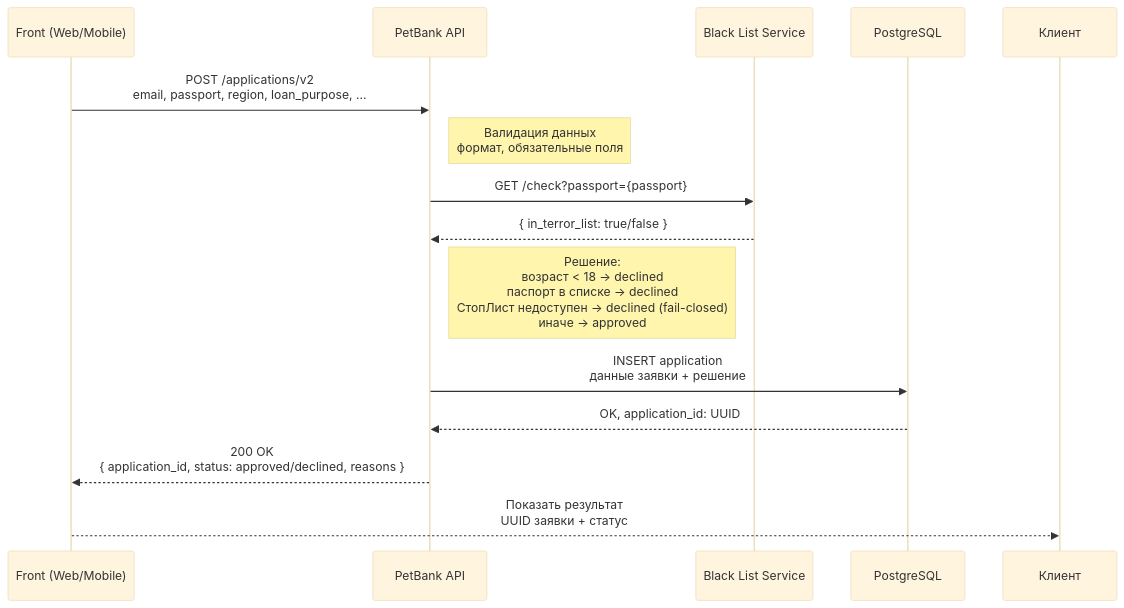
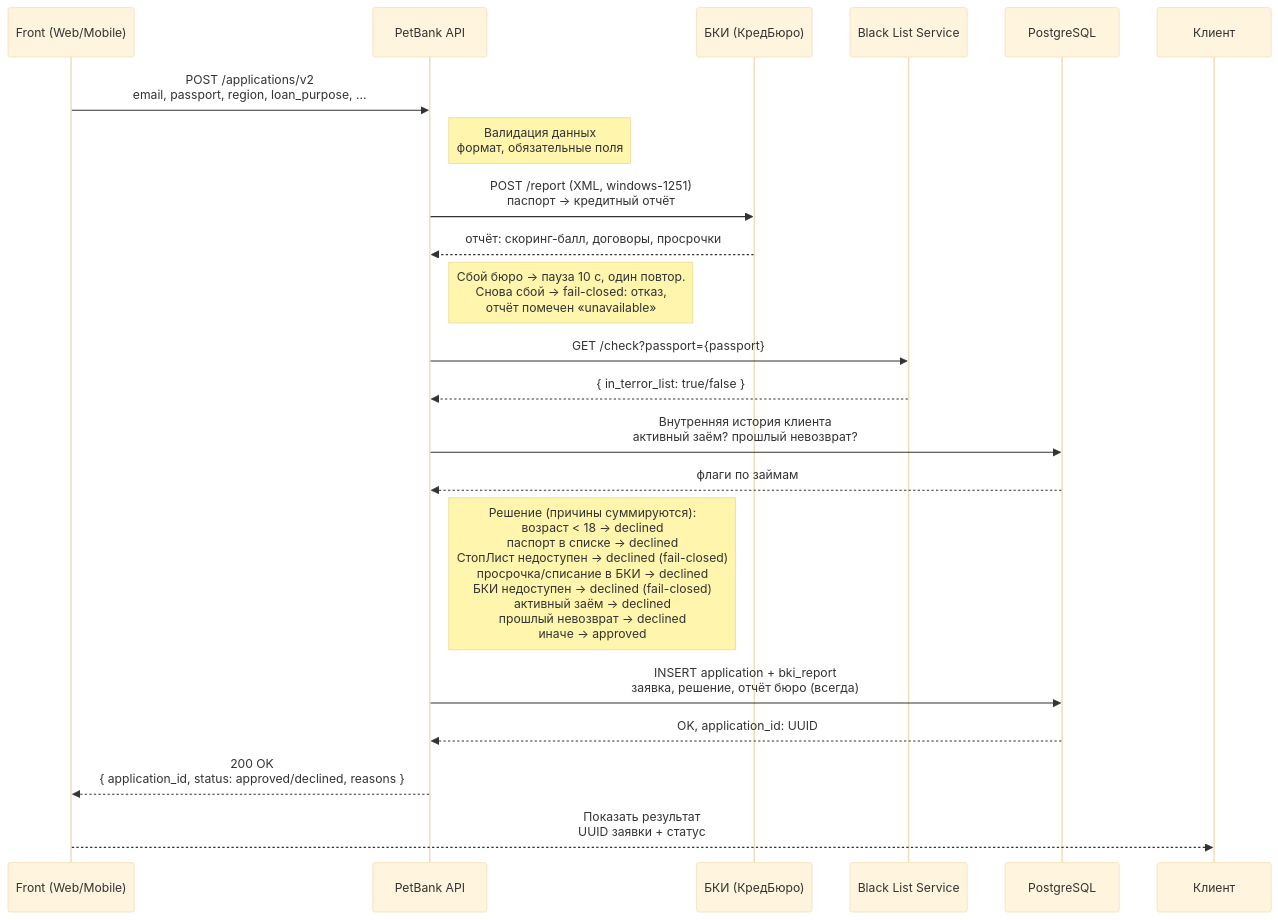
The diagram in README.md (ekaterinaglowme/mybestpetfinancialproject), drawn with Mermaid (base theme) before and after one commit. The commit also changed other lines of this file, not shown here.

Commit message:
docs: диаграмма и env — пайплайн проверок с БКИ

````diff
--- a/README.md
+++ b/README.md
@@ -15,23 +15,31 @@
 ```mermaid
 sequenceDiagram
     participant Front as Front (Web/Mobile)
     participant PetBank as PetBank API
+    participant BKI as БКИ (КредБюро)
     participant BlackList as Black List Service
     participant DB as PostgreSQL
     participant Client as Клиент
 
     Front->>PetBank: POST /applications/v2<br/>email, passport, region, loan_purpose, ...
     Note right of PetBank: Валидация данных<br/>формат, обязательные поля
 
+    PetBank->>BKI: POST /report (XML, windows-1251)<br/>паспорт → кредитный отчёт
+    BKI-->>PetBank: отчёт: скоринг-балл, договоры, просрочки
+    Note right of PetBank: Сбой бюро → пауза 10 с, один повтор.<br/>Снова сбой → fail-closed: отказ,<br/>отчёт помечен «unavailable»
+
     PetBank->>BlackList: GET /check?passport={passport}
     BlackList-->>PetBank: { in_terror_list: true/false }
 
-    Note right of PetBank: Решение:<br/>возраст < 18 → declined<br/>паспорт в списке → declined<br/>СтопЛист недоступен → declined (fail-closed)<br/>иначе → approved
+    PetBank->>DB: Внутренняя история клиента<br/>активный заём? прошлый невозврат?
+    DB-->>PetBank: флаги по займам
 
-    PetBank->>DB: INSERT application<br/>данные заявки + решение
+    Note right of PetBank: Решение (причины суммируются):<br/>возраст < 18 → declined<br/>паспорт в списке → declined<br/>СтопЛист недоступен → declined (fail-closed)<br/>просрочка/списание в БКИ → declined<br/>БКИ недоступен → declined (fail-closed)<br/>активный заём → declined<br/>прошлый невозврат → declined<br/>иначе → approved
+
+    PetBank->>DB: INSERT application + bki_report<br/>заявка, решение, отчёт бюро (всегда)
     DB-->>PetBank: OK, application_id: UUID
 
     PetBank-->>Front: 200 OK<br/>{ application_id, status: approved/declined, reasons }
 
     Front-->>Client: Показать результат<br/>UUID заявки + статус
 ```
````
